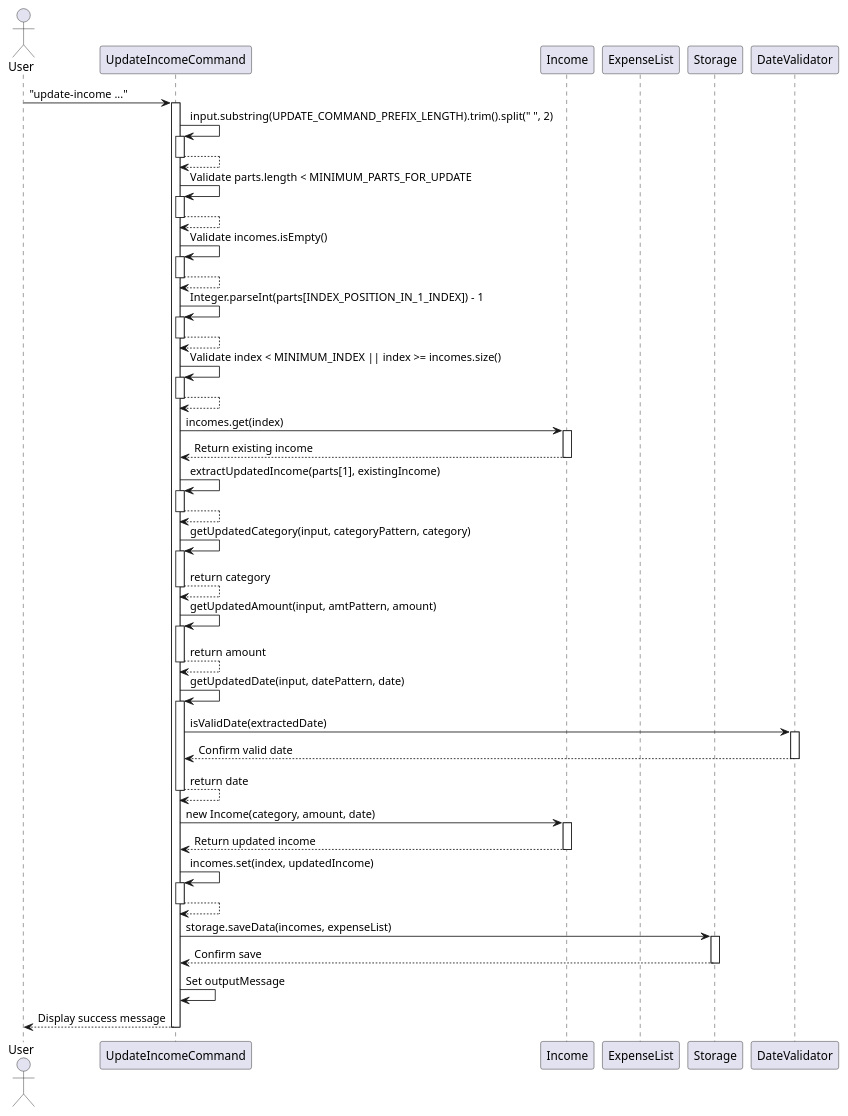
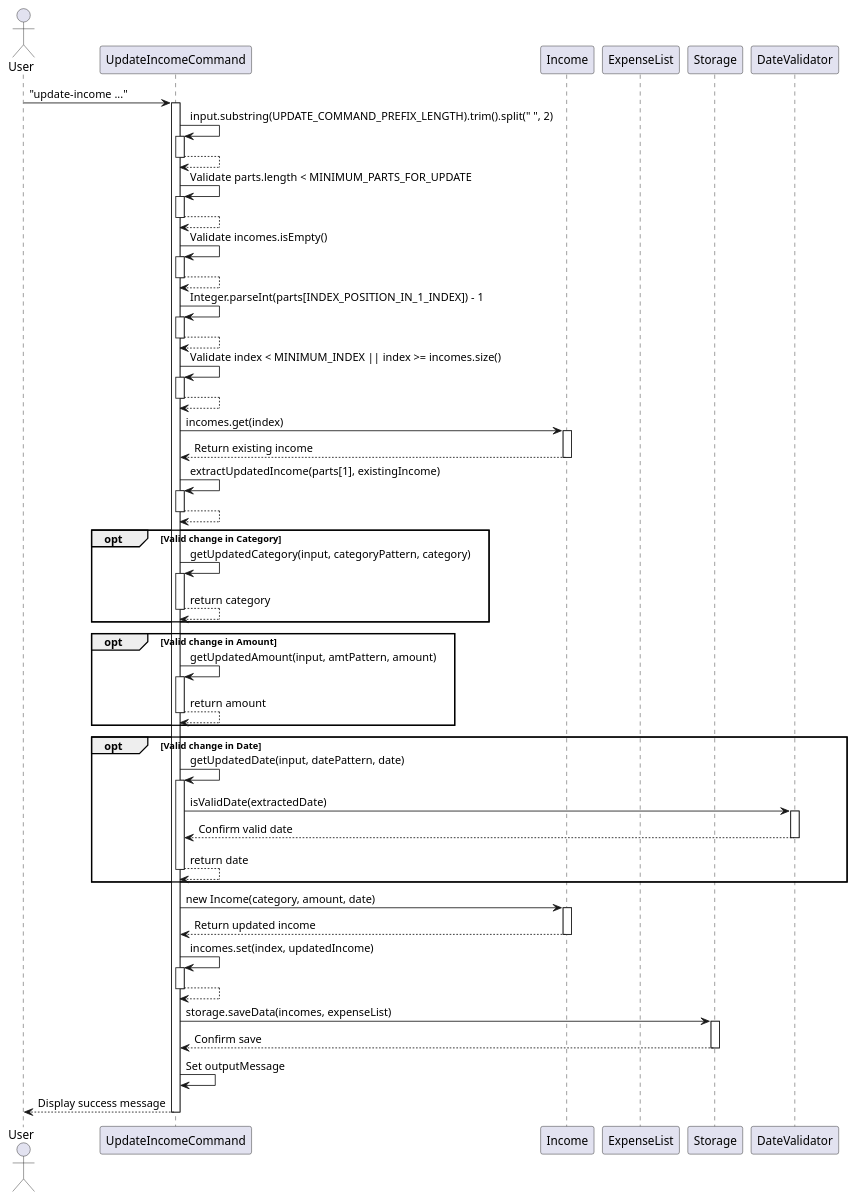
The diagram in docs/diagrams/UpdateIncomeCommandSequence.puml (thienkimtranhoang/tp), drawn with PlantUML before and after one commit. The commit also changed 4 other files, not shown here.

Commit message:
update plantUML class and sequence diagrams

```diff
--- a/docs/diagrams/UpdateIncomeCommandSequence.puml
+++ b/docs/diagrams/UpdateIncomeCommandSequence.puml
@@ -1,88 +1,96 @@
 @startuml
 actor User
 participant "UpdateIncomeCommand" as UpdateIncomeCommand
 participant "Income" as Income
 participant "ExpenseList" as ExpenseList
 participant "Storage" as Storage
 participant "DateValidator" as DateValidator
 
 User -> UpdateIncomeCommand: "update-income ..."
 activate UpdateIncomeCommand
 
 
 UpdateIncomeCommand -> UpdateIncomeCommand: input.substring(UPDATE_COMMAND_PREFIX_LENGTH).trim().split(" ", 2)
 activate UpdateIncomeCommand
 UpdateIncomeCommand --> UpdateIncomeCommand
 deactivate UpdateIncomeCommand
 UpdateIncomeCommand -> UpdateIncomeCommand: Validate parts.length < MINIMUM_PARTS_FOR_UPDATE
 activate UpdateIncomeCommand
 UpdateIncomeCommand --> UpdateIncomeCommand
 deactivate UpdateIncomeCommand
 UpdateIncomeCommand -> UpdateIncomeCommand: Validate incomes.isEmpty()
 activate UpdateIncomeCommand
 UpdateIncomeCommand --> UpdateIncomeCommand
 deactivate UpdateIncomeCommand
 
 
 UpdateIncomeCommand -> UpdateIncomeCommand: Integer.parseInt(parts[INDEX_POSITION_IN_1_INDEX]) - 1
 activate UpdateIncomeCommand
 UpdateIncomeCommand --> UpdateIncomeCommand
 deactivate UpdateIncomeCommand
 UpdateIncomeCommand -> UpdateIncomeCommand: Validate index < MINIMUM_INDEX || index >= incomes.size()
 activate UpdateIncomeCommand
 UpdateIncomeCommand --> UpdateIncomeCommand
 deactivate UpdateIncomeCommand
 
 
 UpdateIncomeCommand -> Income: incomes.get(index)
 activate Income
 Income --> UpdateIncomeCommand: Return existing income
 deactivate Income
 
 
 UpdateIncomeCommand -> UpdateIncomeCommand: extractUpdatedIncome(parts[1], existingIncome)
 activate UpdateIncomeCommand
 UpdateIncomeCommand --> UpdateIncomeCommand
 deactivate UpdateIncomeCommand
+
+opt Valid change in Category
 UpdateIncomeCommand -> UpdateIncomeCommand: getUpdatedCategory(input, categoryPattern, category)
 activate UpdateIncomeCommand
 UpdateIncomeCommand --> UpdateIncomeCommand: return category
 deactivate UpdateIncomeCommand
+end
+
+opt Valid change in Amount
 UpdateIncomeCommand -> UpdateIncomeCommand: getUpdatedAmount(input, amtPattern, amount)
 activate UpdateIncomeCommand
 UpdateIncomeCommand --> UpdateIncomeCommand: return amount
 deactivate UpdateIncomeCommand
+end
 
+opt Valid change in Date
 UpdateIncomeCommand -> UpdateIncomeCommand: getUpdatedDate(input, datePattern, date)
 activate UpdateIncomeCommand
 UpdateIncomeCommand -> DateValidator: isValidDate(extractedDate)
 activate DateValidator
 DateValidator --> UpdateIncomeCommand: Confirm valid date
 deactivate DateValidator
 UpdateIncomeCommand --> UpdateIncomeCommand: return date
 deactivate UpdateIncomeCommand
+end
 
 
 UpdateIncomeCommand -> Income: new Income(category, amount, date)
 activate Income
 Income --> UpdateIncomeCommand: Return updated income
 deactivate Income
 
 
 UpdateIncomeCommand -> UpdateIncomeCommand: incomes.set(index, updatedIncome)
 activate UpdateIncomeCommand
 UpdateIncomeCommand --> UpdateIncomeCommand
 deactivate UpdateIncomeCommand
 
 
 
 UpdateIncomeCommand -> Storage: storage.saveData(incomes, expenseList)
 activate Storage
 Storage --> UpdateIncomeCommand: Confirm save
 deactivate Storage
 
 
 UpdateIncomeCommand -> UpdateIncomeCommand: Set outputMessage
 UpdateIncomeCommand --> User: Display success message
 deactivate UpdateIncomeCommand
 @enduml
```
